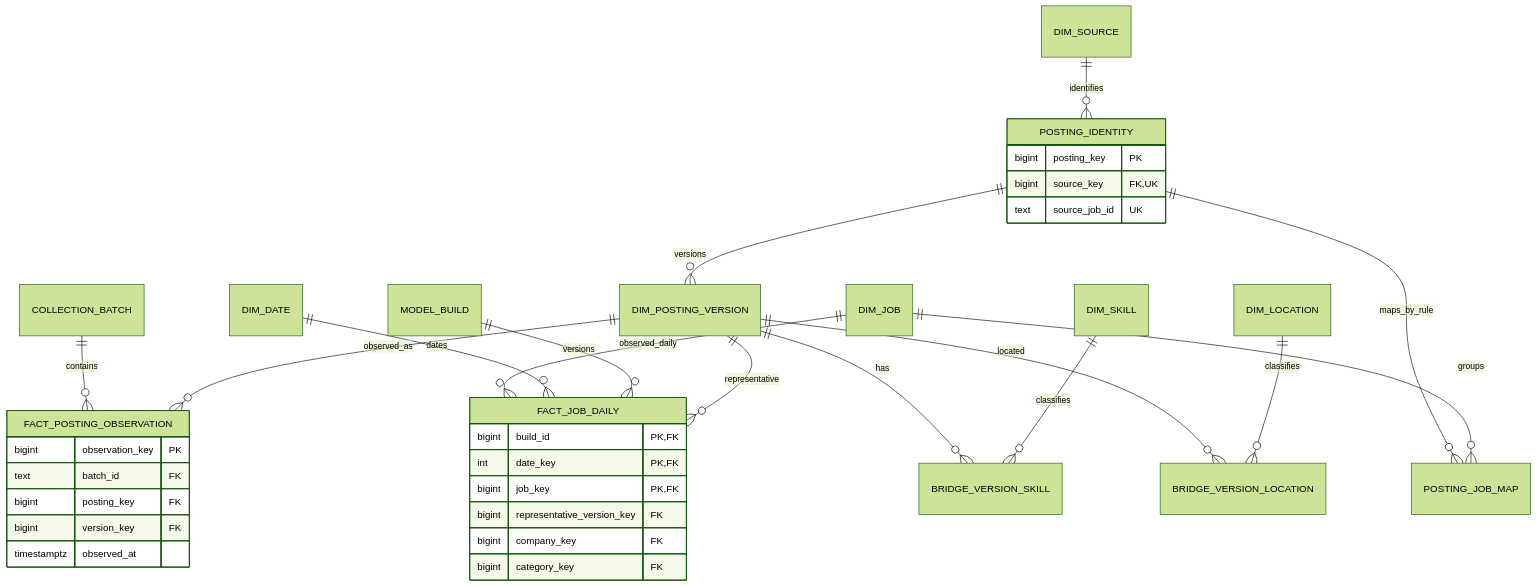
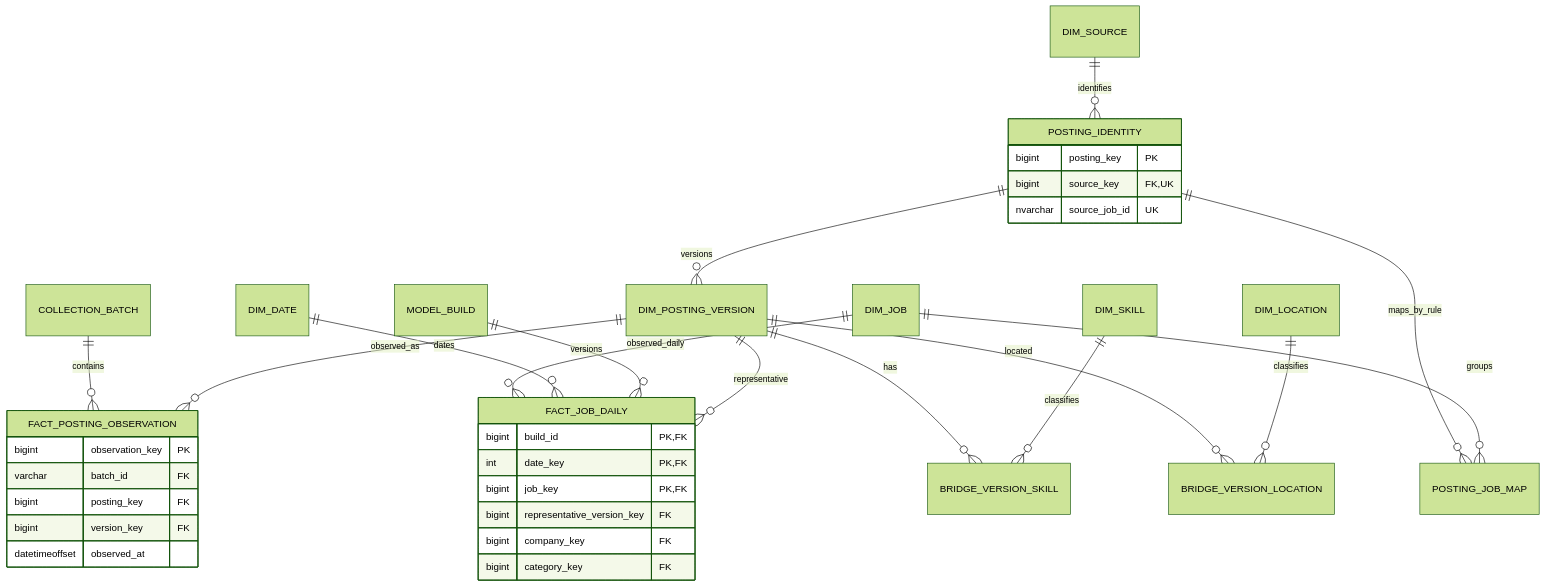
The second of 2 diagrams in docs/design/04_逻辑设计.md (minxuanbo/data-warehouse-final-work), drawn with Mermaid (forest theme) before and after one commit. The commit also changed other lines of this file and 6 other files, not shown here.

````diff
--- a/docs/design/04_逻辑设计.md
+++ b/docs/design/04_逻辑设计.md
@@ -37,37 +37,37 @@
 ```mermaid
 erDiagram
     DIM_SOURCE ||--o{ POSTING_IDENTITY : identifies
     POSTING_IDENTITY ||--o{ DIM_POSTING_VERSION : versions
     COLLECTION_BATCH ||--o{ FACT_POSTING_OBSERVATION : contains
     DIM_POSTING_VERSION ||--o{ FACT_POSTING_OBSERVATION : observed_as
     POSTING_IDENTITY ||--o{ POSTING_JOB_MAP : maps_by_rule
     DIM_JOB ||--o{ POSTING_JOB_MAP : groups
     DIM_JOB ||--o{ FACT_JOB_DAILY : observed_daily
     DIM_DATE ||--o{ FACT_JOB_DAILY : dates
     MODEL_BUILD ||--o{ FACT_JOB_DAILY : versions
     DIM_POSTING_VERSION ||--o{ FACT_JOB_DAILY : representative
     DIM_POSTING_VERSION ||--o{ BRIDGE_VERSION_SKILL : has
     DIM_SKILL ||--o{ BRIDGE_VERSION_SKILL : classifies
     DIM_POSTING_VERSION ||--o{ BRIDGE_VERSION_LOCATION : located
     DIM_LOCATION ||--o{ BRIDGE_VERSION_LOCATION : classifies
     POSTING_IDENTITY {
         bigint posting_key PK
         bigint source_key FK,UK
-        text source_job_id UK
+        nvarchar source_job_id UK
     }
     FACT_POSTING_OBSERVATION {
         bigint observation_key PK
-        text batch_id FK
+        varchar batch_id FK
         bigint posting_key FK
         bigint version_key FK
-        timestamptz observed_at
+        datetimeoffset observed_at
     }
     FACT_JOB_DAILY {
         bigint build_id PK,FK
         int date_key PK,FK
         bigint job_key PK,FK
         bigint representative_version_key FK
         bigint company_key FK
         bigint category_key FK
     }
 ```
````
